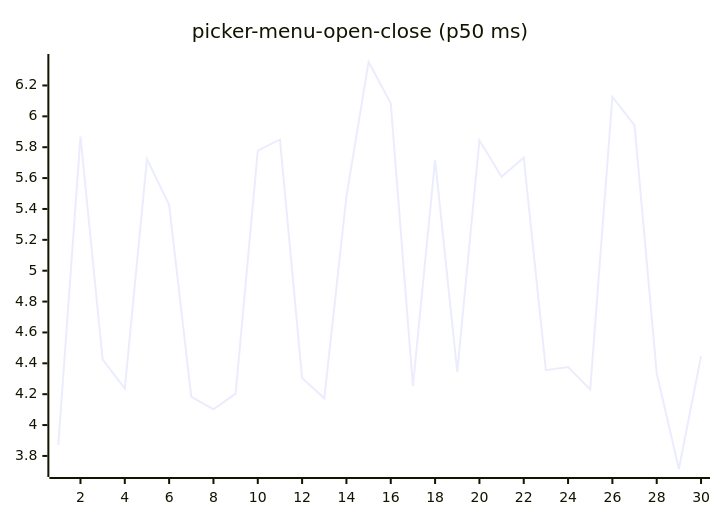
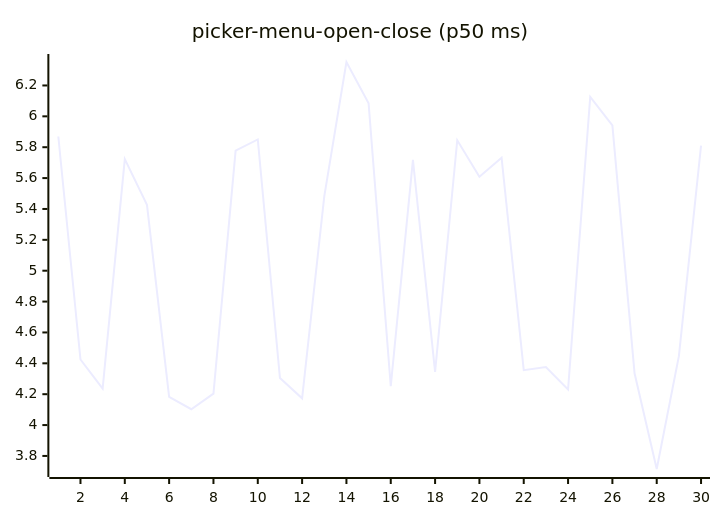
One commit to josha/Facet changed diagram 16 of 27 in README.md. Above: the diagram before and after it, drawn with Mermaid. The commit also changed other lines of this file and 2 other files, not shown here.

````diff
--- a/README.md
+++ b/README.md
@@ -168,6 +168,6 @@
 ```mermaid
 xychart-beta
     title "picker-menu-open-close (p50 ms)"
     x-axis 1 --> 30
-    line [3.8708, 5.8694, 4.4248, 4.2362, 5.7230, 5.4264, 4.1828, 4.1028, 4.2034, 5.7775, 5.8503, 4.3049, 4.1731, 5.4814, 6.3520, 6.0839, 4.2522, 5.7175, 4.3452, 5.8449, 5.6085, 5.7317, 4.3559, 4.3756, 4.2307, 6.1258, 5.9413, 4.3353, 3.7154, 4.4466]
+    line [5.8694, 4.4248, 4.2362, 5.7230, 5.4264, 4.1828, 4.1028, 4.2034, 5.7775, 5.8503, 4.3049, 4.1731, 5.4814, 6.3520, 6.0839, 4.2522, 5.7175, 4.3452, 5.8449, 5.6085, 5.7317, 4.3559, 4.3756, 4.2307, 6.1258, 5.9413, 4.3353, 3.7154, 4.4466, 5.8101]
 ```
````
